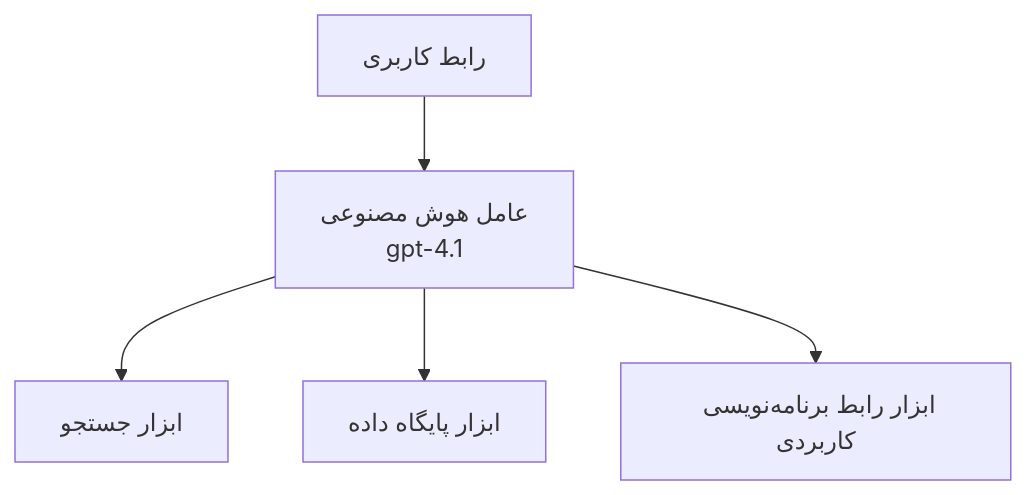
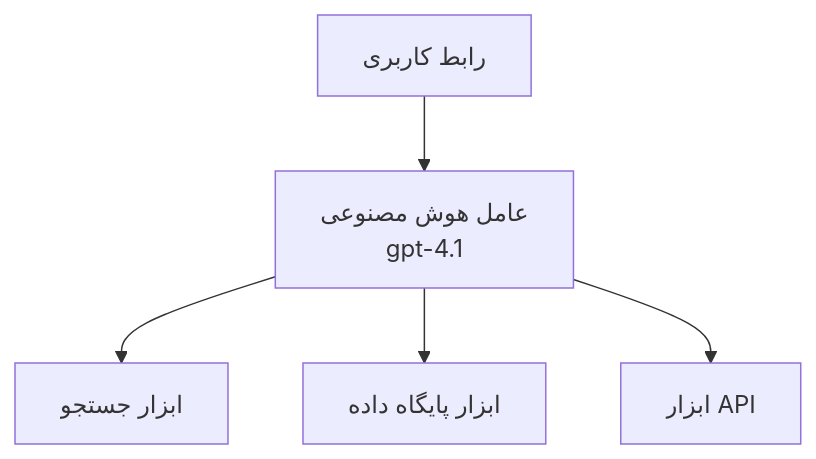
Before and after one commit to microsoft/AZD-for-beginners: the first of 3 diagrams in translations/fa/docs/chapter-02-ai-development/agents.md, drawn with Mermaid. The commit also changed other lines of this file and 104 other files, not shown here.

````diff
--- a/translations/fa/docs/chapter-02-ai-development/agents.md
+++ b/translations/fa/docs/chapter-02-ai-development/agents.md
@@ -157,7 +162,7 @@
 ```mermaid
 graph TD
     UI[رابط کاربری] --> Agent[عامل هوش مصنوعی<br/>gpt-4.1]
     Agent --> Search[ابزار جستجو]
     Agent --> Database[ابزار پایگاه داده]
-    Agent --> API[ابزار رابط برنامه‌نویسی کاربردی]
+    Agent --> API[ابزار API]
 ```
````
